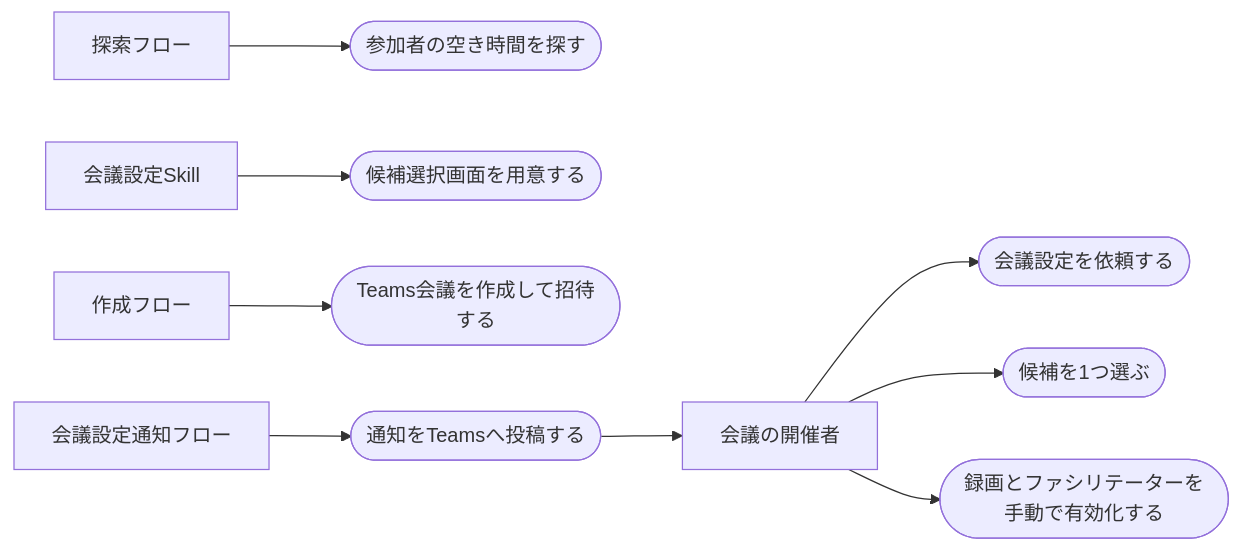
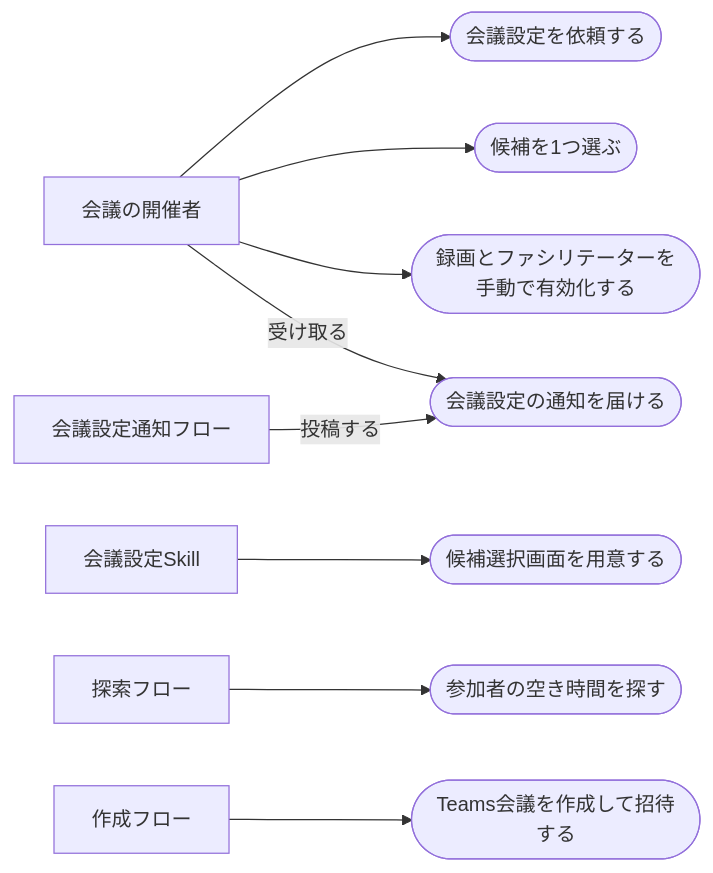
The diagram in apps/meeting-setup-automation/specs/meeting-scheduling/requirements.md (dnode-ryosuke-yamazaki/study), drawn with Mermaid before and after one commit. The commit also changed other lines of this file, not shown here.

Commit message:
docs(meeting-setup-automation): ユースケース図のレイアウト崩れを直す
通知フローから開催者へ戻るエッジがランクを反転させ、アクターが左端に並ばず
開催者の担当ユースケースが図の右端へ押し出されていた。通知を1つのユースケース
として扱い、投稿する側と受け取る側の2アクターを紐づける形に変更する。

````diff
--- a/apps/meeting-setup-automation/specs/meeting-scheduling/requirements.md
+++ b/apps/meeting-setup-automation/specs/meeting-scheduling/requirements.md
@@ -27,25 +27,25 @@
 ```mermaid
 flowchart LR
     organizer["会議の開催者"]
     skill["会議設定Skill"]
     searchflow["探索フロー"]
     createflow["作成フロー"]
     notifyflow["会議設定通知フロー"]
 
     uc1(["会議設定を依頼する"])
     uc2(["参加者の空き時間を探す"])
     uc3(["候補選択画面を用意する"])
     uc4(["候補を1つ選ぶ"])
     uc5(["Teams会議を作成して招待する"])
     uc6(["録画とファシリテーターを手動で有効化する"])
-    uc7(["通知をTeamsへ投稿する"])
+    uc7(["会議設定の通知を届ける"])
 
     organizer --> uc1
     organizer --> uc4
     organizer --> uc6
+    organizer -->|受け取る| uc7
+    skill --> uc3
     searchflow --> uc2
-    skill --> uc3
     createflow --> uc5
-    notifyflow --> uc7
-    uc7 --> organizer
+    notifyflow -->|投稿する| uc7
 ```
````
